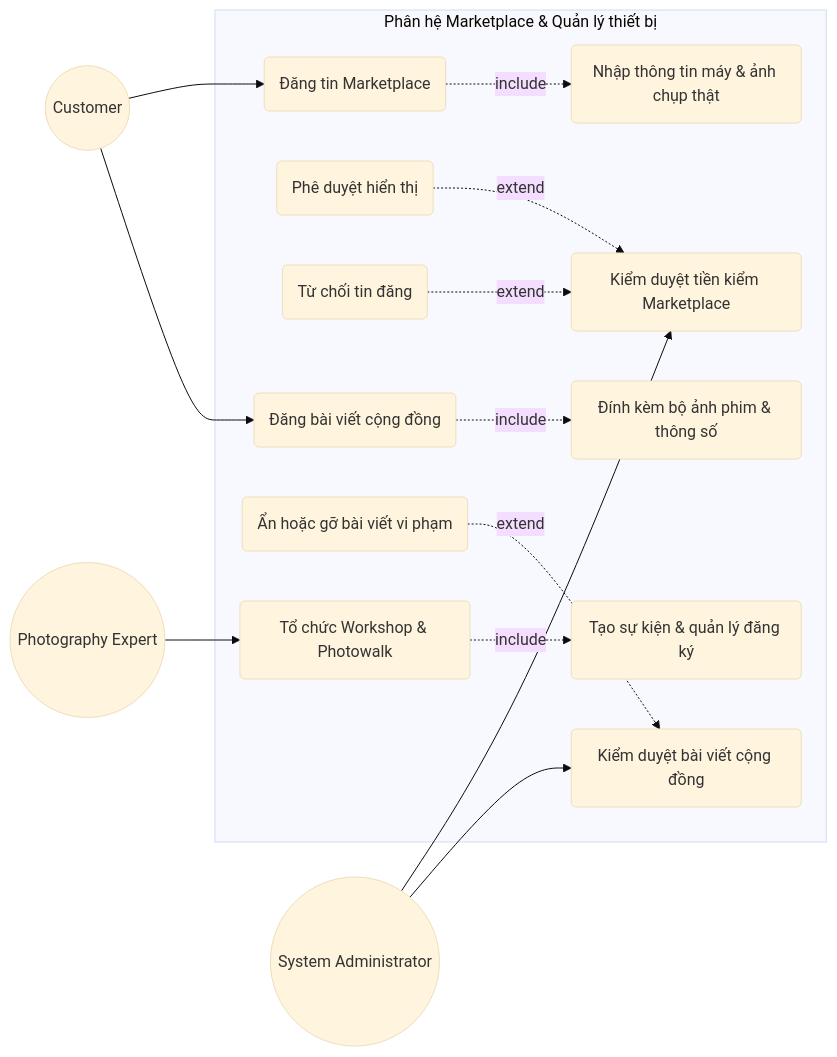
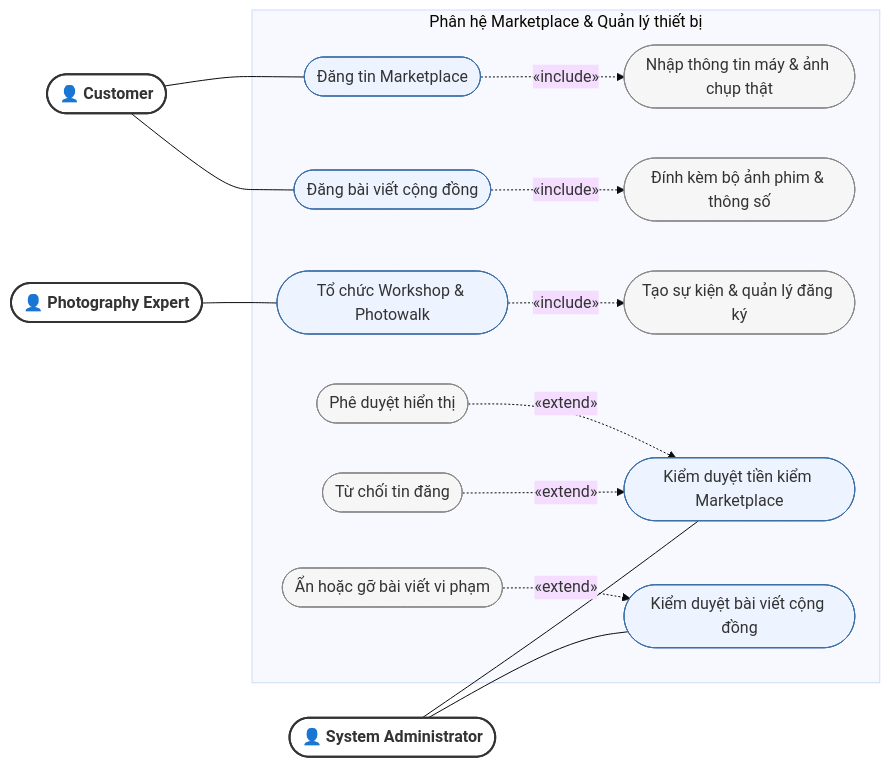
Before and after one commit to huylamnhat/Photographer-enthusiastic-environment: the third of 6 diagrams in doc/week 2/so-do-chuc-nang-nghiep-vu.md, drawn with Mermaid (base theme). The commit also changed other lines of this file, not shown here.

````diff
--- a/doc/week 2/so-do-chuc-nang-nghiep-vu.md
+++ b/doc/week 2/so-do-chuc-nang-nghiep-vu.md
@@ -151,36 +138,37 @@
 ```mermaid
-graph LR
-    Customer((Customer))
-    Expert((Photography Expert))
-    Admin((System Administrator))
+flowchart LR
+    classDef actor fill:#fff,stroke:#333,stroke-width:2px,font-weight:bold
+    classDef uc fill:#eef4ff,stroke:#3b6ea5
+    classDef sub fill:#f6f6f6,stroke:#888
 
-    subgraph Subsystem2 ["Phân hệ Marketplace & Quản lý thiết bị"]
-        UC_PostMarket(Đăng tin Marketplace)
-        UC_InputInfo(Nhập thông tin máy & ảnh chụp thật)
-        UC_PreApprove(Kiểm duyệt tiền kiểm Marketplace)
-        UC_Approve(Phê duyệt hiển thị)
-        UC_Reject(Từ chối tin đăng)
+    CUS(["👤 Customer"]):::actor
+    EXP(["👤 Photography Expert"]):::actor
+    ADM(["👤 System Administrator"]):::actor
 
-        UC_PostCommunity(Đăng bài viết cộng đồng)
-        UC_AttachPhoto(Đính kèm bộ ảnh phim & thông số)
-        UC_PostCheck(Kiểm duyệt bài viết cộng đồng)
-        UC_HidePost(Ẩn hoặc gỡ bài viết vi phạm)
+    subgraph SYS["Phân hệ Marketplace & Quản lý thiết bị"]
+        M1(["Đăng tin Marketplace"]):::uc
+        M1a(["Nhập thông tin máy & ảnh chụp thật"]):::sub
+        M2(["Đăng bài viết cộng đồng"]):::uc
+        M2a(["Đính kèm bộ ảnh phim & thông số"]):::sub
+        M3(["Tổ chức Workshop & Photowalk"]):::uc
+        M3a(["Tạo sự kiện & quản lý đăng ký"]):::sub
 
-        UC_Event(Tổ chức Workshop & Photowalk)
-        UC_CreateEvent(Tạo sự kiện & quản lý đăng ký)
+        K1(["Kiểm duyệt tiền kiểm Marketplace"]):::uc
+        K1a(["Phê duyệt hiển thị"]):::sub
+        K1b(["Từ chối tin đăng"]):::sub
+        K2(["Kiểm duyệt bài viết cộng đồng"]):::uc
+        K2a(["Ẩn hoặc gỡ bài viết vi phạm"]):::sub
     end
 
-    Customer --> UC_PostMarket
-    UC_PostMarket -.->|include| UC_InputInfo
-    Admin --> UC_PreApprove
-    UC_Approve -.->|extend| UC_PreApprove
-    UC_Reject -.->|extend| UC_PreApprove
+    CUS --- M1 & M2
+    EXP --- M3
+    ADM --- K1 & K2
 
-    Customer --> UC_PostCommunity
-    UC_PostCommunity -.->|include| UC_AttachPhoto
-    Admin --> UC_PostCheck
-    UC_HidePost -.->|extend| UC_PostCheck
+    M1 -.->|«include»| M1a
+    M2 -.->|«include»| M2a
+    M3 -.->|«include»| M3a
 
-    Expert --> UC_Event
-    UC_Event -.->|include| UC_CreateEvent
+    K1a -.->|«extend»| K1
+    K1b -.->|«extend»| K1
+    K2a -.->|«extend»| K2
 ```
````
